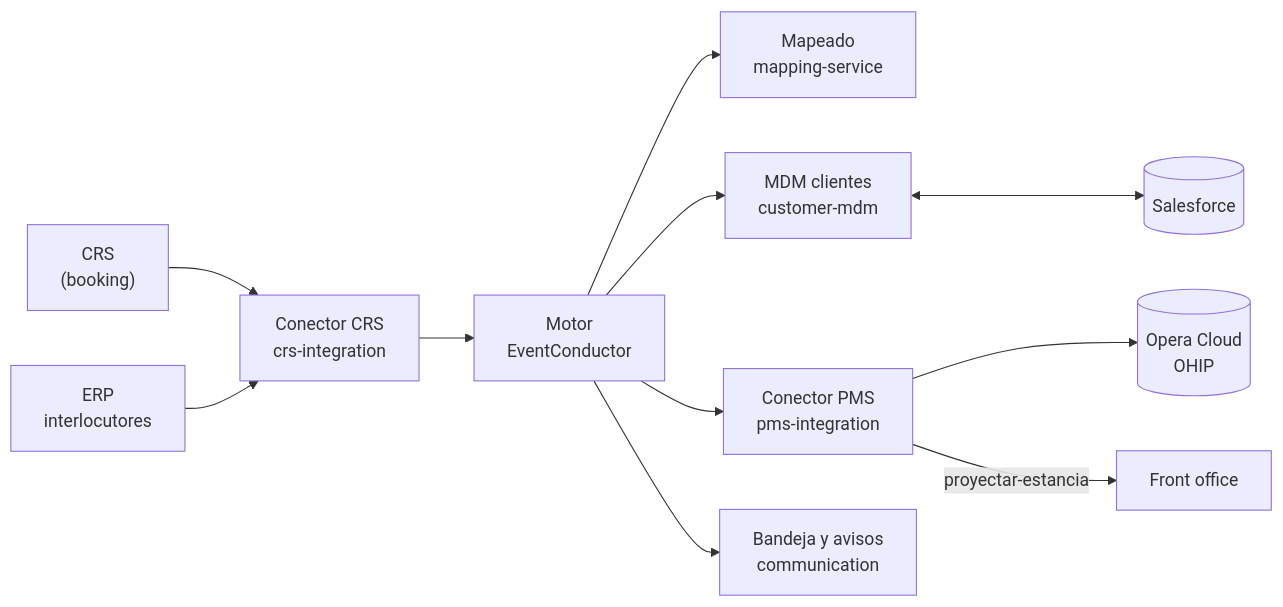
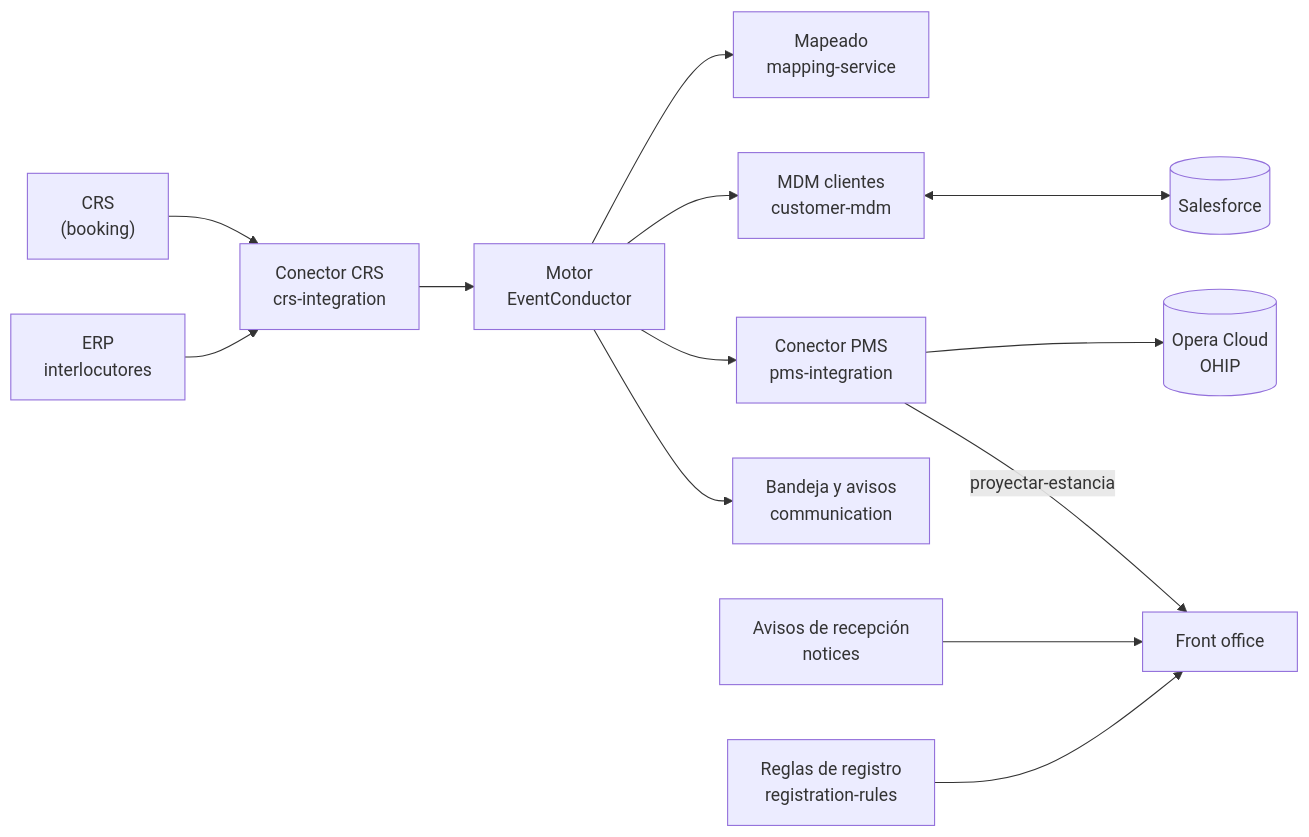
Before and after one commit to miguelperezcolom/ec-demo1: the diagram in doc/src/content/docs/guias/introduccion.md, drawn with Mermaid. The commit also changed other lines of this file and 34 other files, not shown here.

First line of the commit message:
docs: the documentation caught up with the code (Mateu 383, alerts, discard, /_inbox, registration rules) — docs 0.2.2

````diff
--- a/doc/src/content/docs/guias/introduccion.md
+++ b/doc/src/content/docs/guias/introduccion.md
@@ -22,13 +22,15 @@
 ```mermaid
 flowchart LR
   CRS["CRS<br/>(booking)"] --> ACLCRS["Conector CRS<br/>crs-integration"]
   ACLCRS --> MOTOR["Motor<br/>EventConductor"]
   MOTOR --> MAP["Mapeado<br/>mapping-service"]
   MOTOR --> MDM["MDM clientes<br/>customer-mdm"]
   MOTOR --> PMS["Conector PMS<br/>pms-integration"]
   PMS --> OPERA[("Opera Cloud<br/>OHIP")]
   PMS -- "proyectar-estancia" --> FO["Front office"]
   MDM <--> SF[("Salesforce")]
   ERP["ERP<br/>interlocutores"] --> ACLCRS
   MOTOR --> INBOX["Bandeja y avisos<br/>communication"]
+  NOTICES["Avisos de recepción<br/>notices"] --> FO
+  RULES["Reglas de registro<br/>registration-rules"] --> FO
 ```
````
